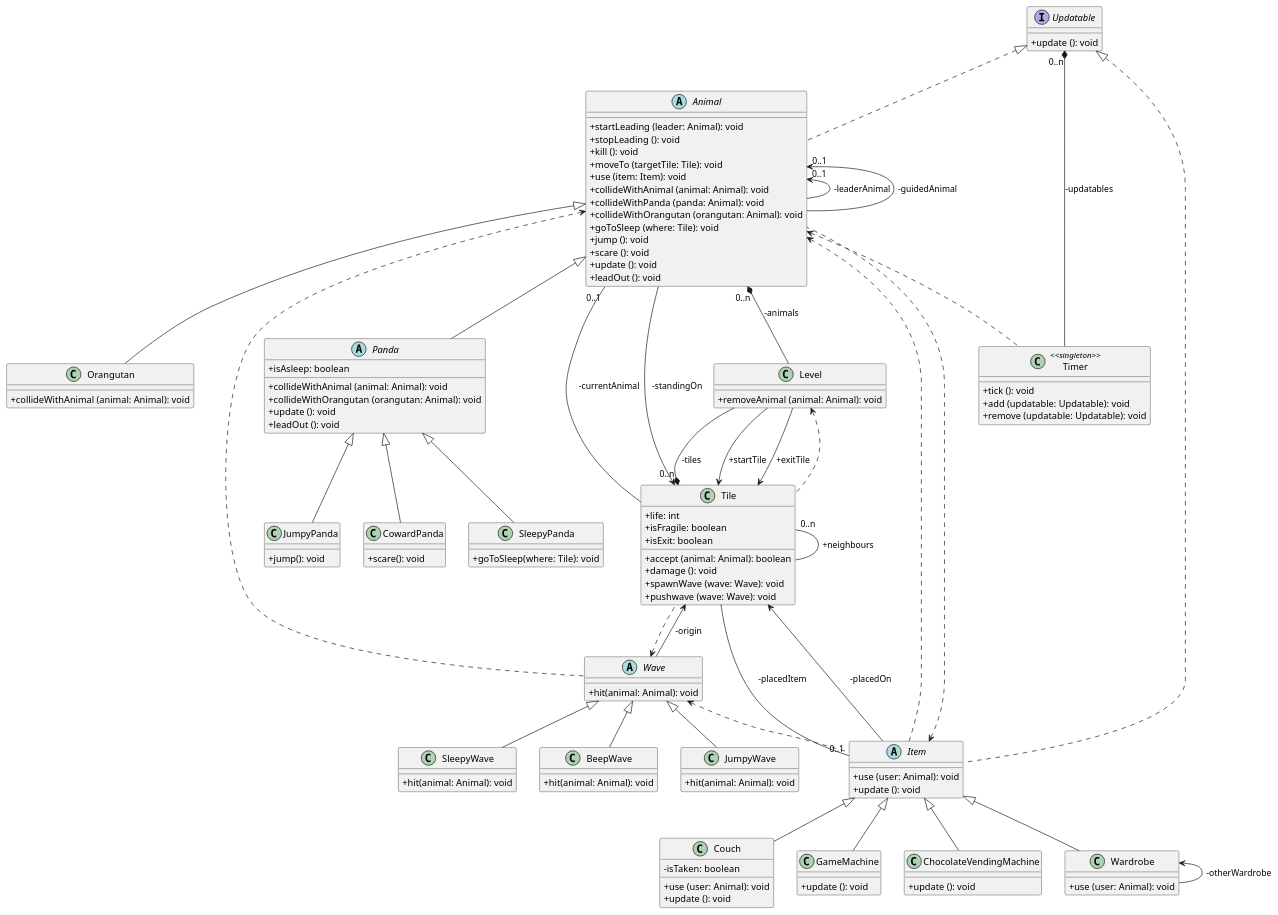
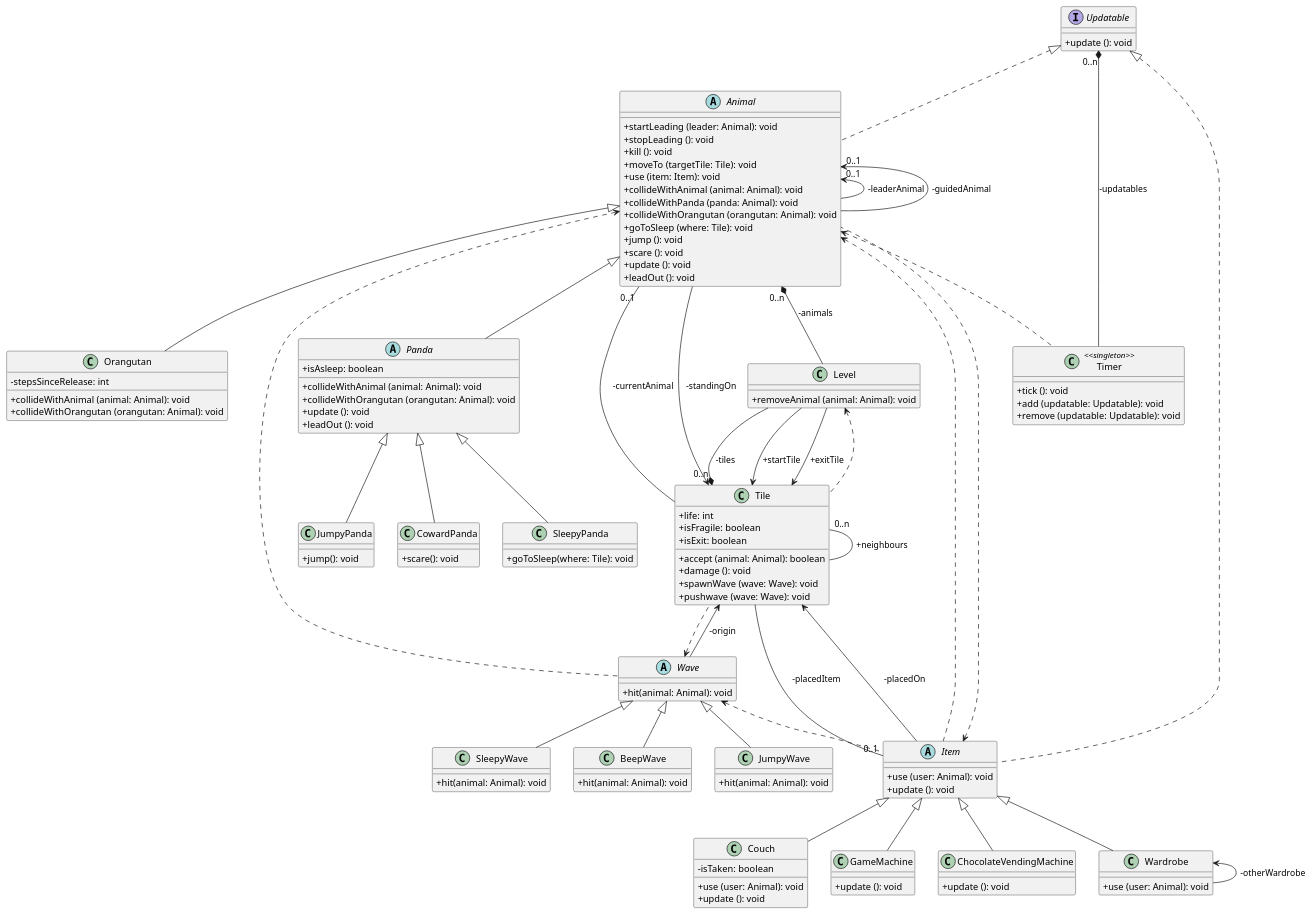
One commit to bokovhu/software-project-laboratory-assignment changed the diagram in diagrams/ClassDiagram.puml. Above: the diagram before and after it, drawn with PlantUML.

Commit message:
Class diagram modification

```diff
--- a/diagrams/ClassDiagram.puml
+++ b/diagrams/ClassDiagram.puml
@@ -1,180 +1,182 @@
 @startuml
 
 skinparam classAttributeIconSize 0
 skinparam guillemet false
 
 ' ==========
 ' Interfaces
 ' ==========
 
 interface Updatable {
     +update (): void
 }
 
 ' =======
 ' Classes
 ' =======
 
 class Timer <<singleton>> {
     +tick (): void
     +add (updatable: Updatable): void
     +remove (updatable: Updatable): void
 }
 
 class Level {
     +removeAnimal (animal: Animal): void
 }
 
 class Tile {
     +life: int
     +isFragile: boolean
     +isExit: boolean
     +accept (animal: Animal): boolean
     +damage (): void
     +spawnWave (wave: Wave): void
     +pushwave (wave: Wave): void
 }
 
 abstract class Animal {
     +startLeading (leader: Animal): void
     +stopLeading (): void
     +kill (): void
     +moveTo (targetTile: Tile): void
     +use (item: Item): void
     +collideWithAnimal (animal: Animal): void
     +collideWithPanda (panda: Animal): void
     +collideWithOrangutan (orangutan: Animal): void
     +goToSleep (where: Tile): void
     +jump (): void
     +scare (): void
     +update (): void
     +leadOut (): void
 }
 
 abstract class Item {
     +use (user: Animal): void
     +update (): void
 }
 
 abstract class Panda {
     +isAsleep: boolean
     +collideWithAnimal (animal: Animal): void
     +collideWithOrangutan (orangutan: Animal): void
     +update (): void
     +leadOut (): void
 }
 
 class SleepyPanda {
     +goToSleep(where: Tile): void
 }
 
 class JumpyPanda {
     +jump(): void
 }
 
 class CowardPanda {
     +scare(): void
 }
 
 class Orangutan {
+    -stepsSinceRelease: int
     +collideWithAnimal (animal: Animal): void
+    +collideWithOrangutan (orangutan: Animal): void
 }
 
 class Couch {
     -isTaken: boolean
     +use (user: Animal): void
     +update (): void
 }
 
 class GameMachine {
     +update (): void
 }
 
 class ChocolateVendingMachine {
     +update (): void
 }
 
 class Wardrobe {
     +use (user: Animal): void
 }
 
 abstract class Wave {
     +hit(animal: Animal): void
 }
 
 class SleepyWave{
     +hit(animal: Animal): void
 }
 
 class BeepWave{
     +hit(animal: Animal): void
 }
 
 class JumpyWave{
     +hit(animal: Animal): void
 }
 ' ===========
 ' Inheritance
 ' ===========
 
 Updatable <|.. Animal
 Updatable <|.. Item
 
 Animal <|-- Panda
 Panda<|-- SleepyPanda
 Panda<|-- JumpyPanda
 Panda<|-- CowardPanda
 Animal <|-- Orangutan
 
 Item <|-- Couch
 Item <|-- GameMachine
 Item <|-- ChocolateVendingMachine
 Item <|-- Wardrobe
 
 Wave<|-- JumpyWave
 Wave<|-- SleepyWave
 Wave<|-- BeepWave
 
 ' ============
 ' Compositions
 ' ============
 
 Updatable "0..n" *-- Timer : -updatables
 Tile "0..n" *-- Level : -tiles
 Animal "0..n" *-- Level : -animals
 
 ' ============
 ' Associations
 ' ============
 
 Tile "0..n" -- Tile : +neighbours
 
 Tile <-- Animal : -standingOn
 Animal "0..1" -- Tile : -currentAnimal
 
 Animal "0..1" <-- Animal : -leaderAnimal
 Animal "0..1" <-- Animal : -guidedAnimal
 
 Tile <-- Item : -placedOn
 Item "0..1" -- Tile : -placedItem
 
 Tile <-- Wave : -origin
 
 Wave <.. Tile
 Tile <-- Level : +startTile
 Tile <-- Level : +exitTile
 
 Animal <.. Item
 Item <.. Animal
 
 Wardrobe <-- Wardrobe : -otherWardrobe
 
 Level <.. Tile
 
 Animal <.. Wave
 
 Animal <.. Timer
 
 Wave <.. Item
 
 @enduml
```
